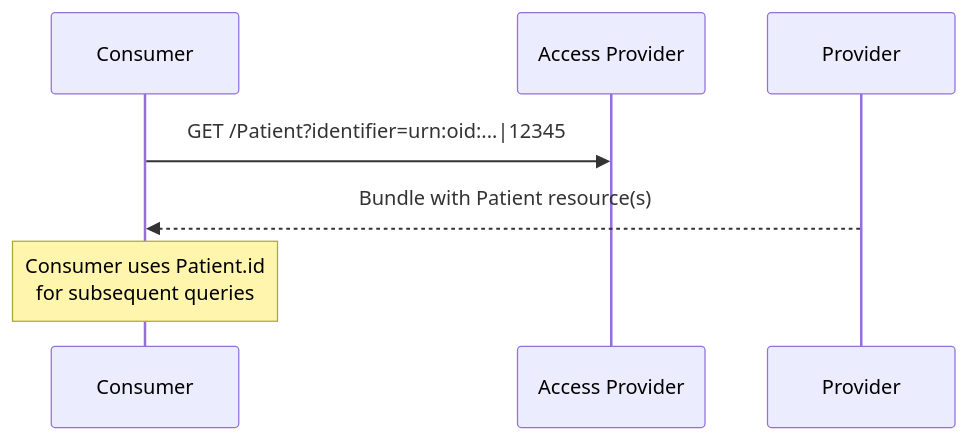
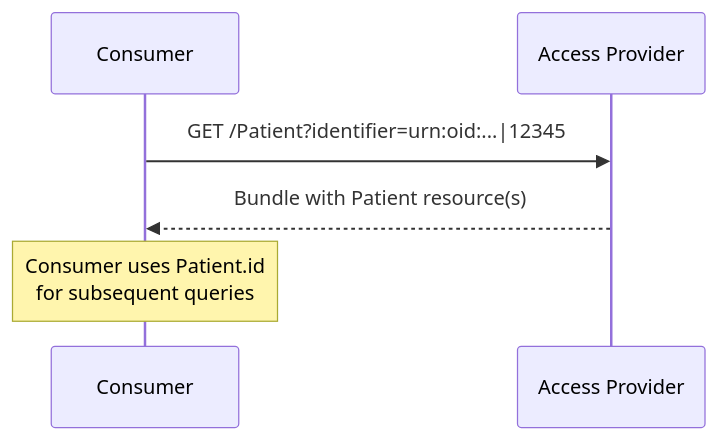
One commit to euridice-org/jwg-api changed the diagram in input/pagecontent/patient-match.md. Above: the diagram before and after it, drawn with Mermaid. The commit also changed other lines of this file and 3 other files, not shown here.

First line of the commit message:
Improve sequence diagrams with IHE transaction labels and actor clarity

````diff
--- a/input/pagecontent/patient-match.md
+++ b/input/pagecontent/patient-match.md
@@ -81,10 +81,10 @@
 ```mermaid
 sequenceDiagram
     participant Consumer
-    participant Access Provider
+    participant Provider as Access Provider
 
-    Consumer->>Access Provider: GET /Patient?identifier=urn:oid:...|12345
+    Consumer->>Provider: GET /Patient?identifier=urn:oid:...|12345
     Provider-->>Consumer: Bundle with Patient resource(s)
 
     Note over Consumer: Consumer uses Patient.id<br/>for subsequent queries
 ```
````
